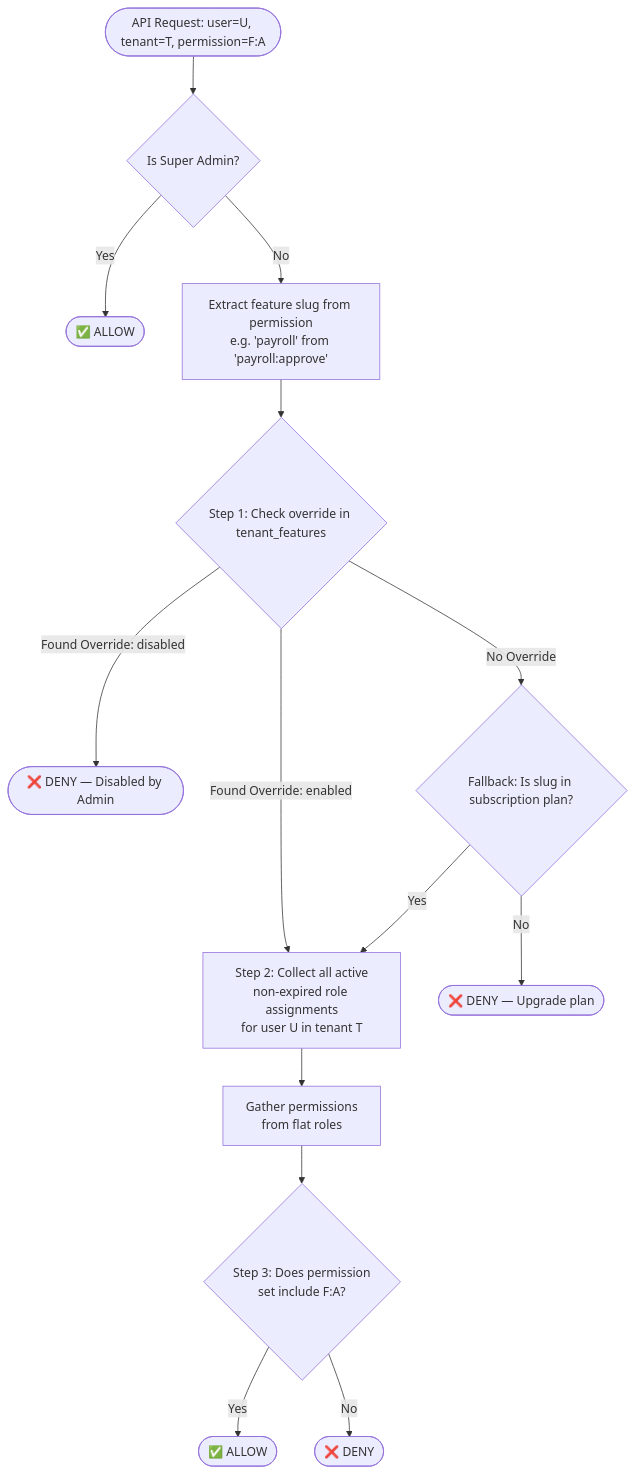
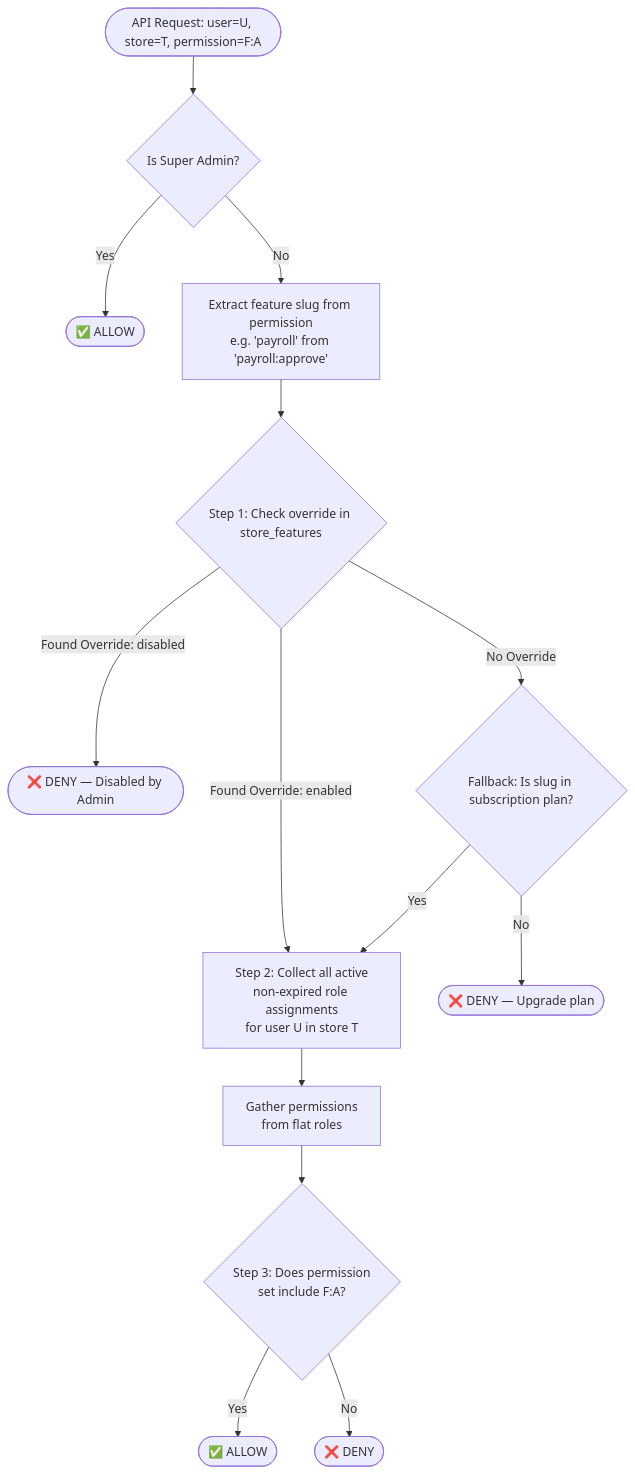
The second of 4 diagrams in doc/system-design/subscription-and-features.md (gowtamkumar/eCommerce-multi-store-saas-erp), drawn with Mermaid before and after one commit. The commit also changed other lines of this file and 764 other files, not shown here.

````diff
--- a/doc/system-design/subscription-and-features.md
+++ b/doc/system-design/subscription-and-features.md
@@ -333,19 +333,19 @@
 ```mermaid
 flowchart TD
-    A([API Request: user=U, tenant=T, permission=F:A]) --> B{Is Super Admin?}
+    A([API Request: user=U, store=T, permission=F:A]) --> B{Is Super Admin?}
     B -- Yes --> ALLOW([✅ ALLOW])
     B -- No --> C[Extract feature slug from permission\ne.g. 'payroll' from 'payroll:approve']
 
-    C --> D{Step 1: Check override in tenant_features}
+    C --> D{Step 1: Check override in store_features}
     D -- Found Override: enabled --> E
     D -- Found Override: disabled --> DENY1([❌ DENY — Disabled by Admin])
     D -- No Override --> D2{Fallback: Is slug in subscription plan?}
     D2 -- No --> DENY2([❌ DENY — Upgrade plan])
     D2 -- Yes --> E
 
-    E[Step 2: Collect all active\nnon-expired role assignments\nfor user U in tenant T]
+    E[Step 2: Collect all active\nnon-expired role assignments\nfor user U in store T]
     E --> F[Gather permissions\nfrom flat roles]
     F --> G{Step 3: Does permission\nset include F:A?}
     G -- Yes --> ALLOW2([✅ ALLOW])
     G -- No --> DENY3([❌ DENY])
 ```
````
